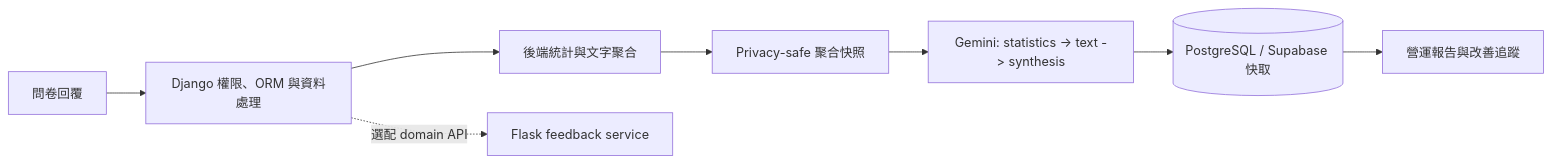
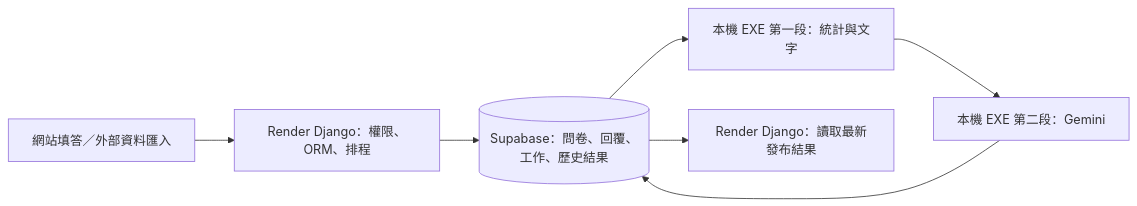
Before and after one commit to arvin85113/feedback-insight-hub-ai: the diagram in README.md, drawn with Mermaid. The commit also changed other lines of this file and 94 other files, not shown here.

````diff
--- a/README.md
+++ b/README.md
@@ -67,10 +67,9 @@
 ```mermaid
 flowchart LR
-    A["問卷回覆"] --> B["Django 權限、ORM 與資料處理"]
-    B --> C["後端統計與文字聚合"]
-    B -. "選配 domain API" .-> F["Flask feedback service"]
-    C --> D["Privacy-safe 聚合快照"]
-    D --> E["Gemini: statistics -> text -> synthesis"]
-    E --> G[("PostgreSQL / Supabase 快取")]
-    G --> H["營運報告與改善追蹤"]
+    A["網站填答／外部資料匯入"] --> B["Render Django：權限、ORM、排程"]
+    B --> C[("Supabase：問卷、回覆、工作、歷史結果")]
+    C --> D["本機 EXE 第一段：統計與文字"]
+    D --> E["本機 EXE 第二段：Gemini"]
+    E --> C
+    C --> F["Render Django：讀取最新發布結果"]
 ```
````
